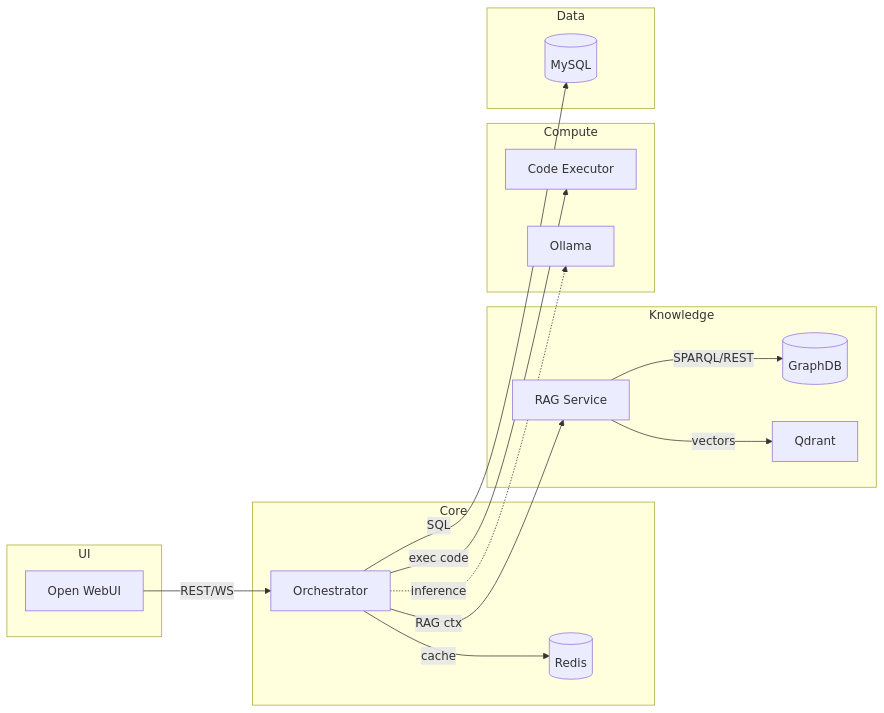
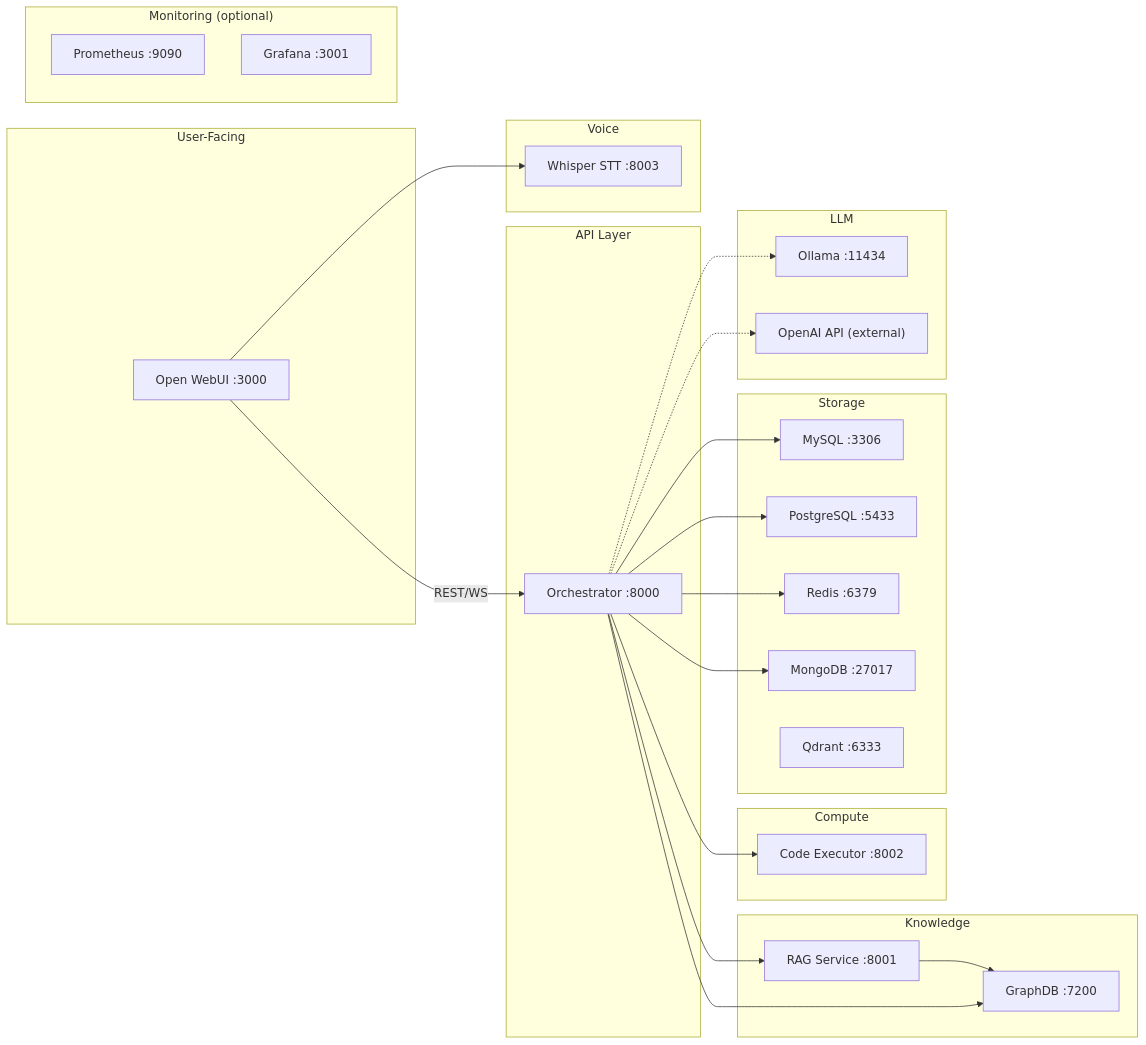
The diagram in docs/SERVICES.md (suhasdevmane/OntoSage), drawn with Mermaid before and after one commit. The commit also changed other lines of this file and 12 other files, not shown here.

````diff
--- a/docs/SERVICES.md
+++ b/docs/SERVICES.md
@@ -7,31 +9,54 @@
 ```mermaid
 graph LR
-  subgraph UI
-    FE[Open WebUI]
-  end
-  subgraph Core
-    ORCH[Orchestrator]
-    REDIS[(Redis)]
-  end
-  subgraph Knowledge
-    GDB[(GraphDB)]
-    QDR[Qdrant]
-    RAG[RAG Service]
-  end
-  subgraph Compute
-    EXEC[Code Executor]
-    OLLA[Ollama]
-  end
-  subgraph Data
-    MYSQL[(MySQL)]
-  end
+    subgraph "User-Facing"
+        OW["Open WebUI :3000"]
+    end
 
-  FE -- REST/WS --> ORCH
-  ORCH -- cache --> REDIS
-  ORCH -- RAG ctx --> RAG
-  RAG -- vectors --> QDR
-  RAG -- SPARQL/REST --> GDB
-  ORCH -- exec code --> EXEC
-  ORCH -. inference .-> OLLA
-  ORCH -- SQL --> MYSQL
+    subgraph "API Layer"
+        ORCH["Orchestrator :8000"]
+    end
+
+    subgraph "Knowledge"
+        RAGS["RAG Service :8001"]
+        GDB["GraphDB :7200"]
+    end
+
+    subgraph "Compute"
+        CE["Code Executor :8002"]
+    end
+
+    subgraph "Storage"
+        MYSQL["MySQL :3306"]
+        PG["PostgreSQL :5433"]
+        REDIS["Redis :6379"]
+        MONGO["MongoDB :27017"]
+        QDRANT["Qdrant :6333"]
+    end
+
+    subgraph "LLM"
+        OLLA["Ollama :11434"]
+        OAI["OpenAI API (external)"]
+    end
+
+    subgraph "Voice"
+        WHISP["Whisper STT :8003"]
+    end
+
+    subgraph "Monitoring (optional)"
+        PROM["Prometheus :9090"]
+        GRAF["Grafana :3001"]
+    end
+
+    OW -->|REST/WS| ORCH
+    ORCH --> RAGS
+    RAGS --> GDB
+    ORCH --> GDB
+    ORCH --> CE
+    ORCH --> MYSQL
+    ORCH --> PG
+    ORCH --> REDIS
+    ORCH --> MONGO
+    ORCH -.-> OLLA
+    ORCH -.-> OAI
+    OW --> WHISP
 ```
````
